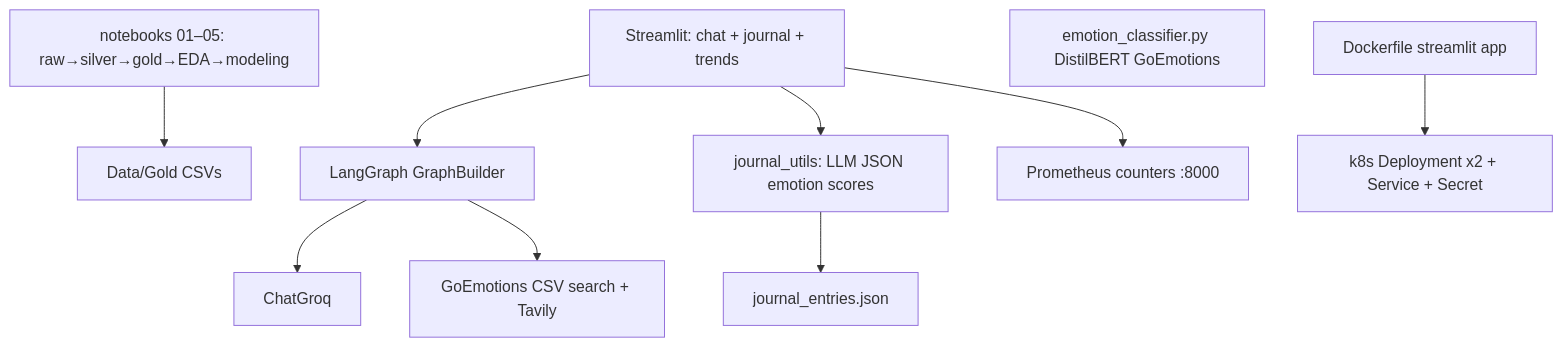
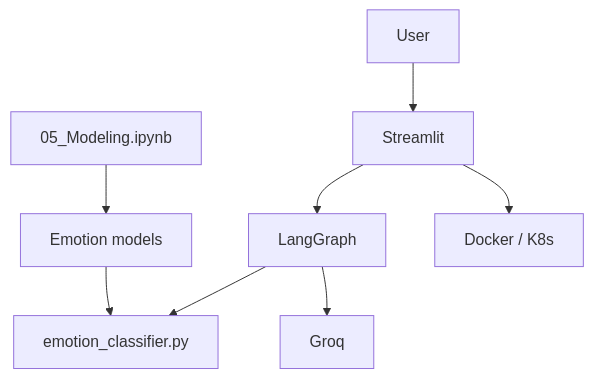
One commit to ArchanaChetan07/EmotiCare-An-AI-Based-Approach-to-Contextual-Empathy-and-Emotional-Crisis-Detection changed the first of 3 diagrams in README.md. Above: the diagram before and after it, drawn with Mermaid. The commit also changed other lines of this file, not shown here.

Commit message:
docs: FAANG-ready professional README with diagrams and verified metrics

````diff
--- a/README.md
+++ b/README.md
@@ -36,13 +28,10 @@
 ```mermaid
-flowchart TB
-  NB[notebooks 01–05: raw→silver→gold→EDA→modeling] --> GOLD[Data/Gold CSVs]
-  UI[Streamlit: chat + journal + trends]
-  UI --> LG[LangGraph GraphBuilder]
-  LG --> GROQ[ChatGroq]
-  LG --> TOOLS[GoEmotions CSV search + Tavily]
-  UI --> J[journal_utils: LLM JSON emotion scores]
-  J --> JSON[journal_entries.json]
-  EC[emotion_classifier.py DistilBERT GoEmotions]
-  UI --> PROM[Prometheus counters :8000]
-  DOCKER[Dockerfile streamlit app] --> K8S[k8s Deployment x2 + Service + Secret]
+flowchart TD
+  N[05_Modeling.ipynb] --> M[Emotion models]
+  M --> E[emotion_classifier.py]
+  U[User] --> S[Streamlit]
+  S --> LG[LangGraph]
+  LG --> E
+  LG --> LLM[Groq]
+  S --> K8s[Docker / K8s]
 ```
````
